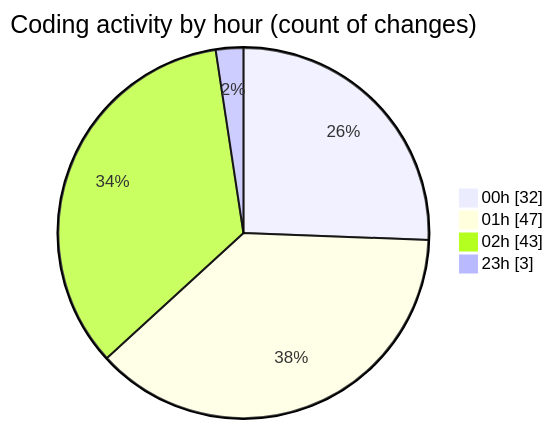
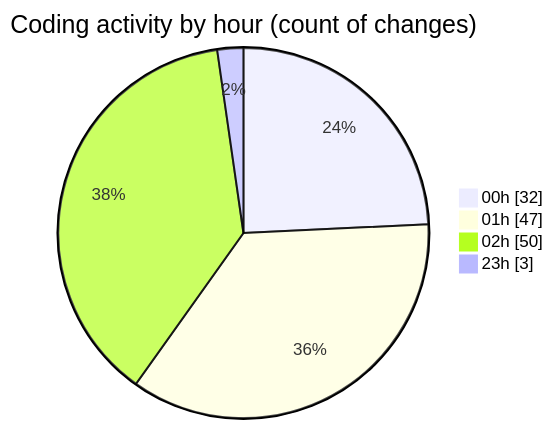
Before and after one commit to lephambinh05/code-tracking: the second of 2 diagrams in 2025-07-28/quanlyrapchieuphim-1/README.md, drawn with Mermaid. The commit also changed other lines of this file and 1 other file, not shown here.

````diff
--- a/2025-07-28/quanlyrapchieuphim-1/README.md
+++ b/2025-07-28/quanlyrapchieuphim-1/README.md
@@ -48,8 +48,8 @@
 ```mermaid
 pie showData
 title Coding activity by hour (count of changes)
 "00h" : 32
 "01h" : 47
-"02h" : 43
+"02h" : 50
 "23h" : 3
 ```
````
